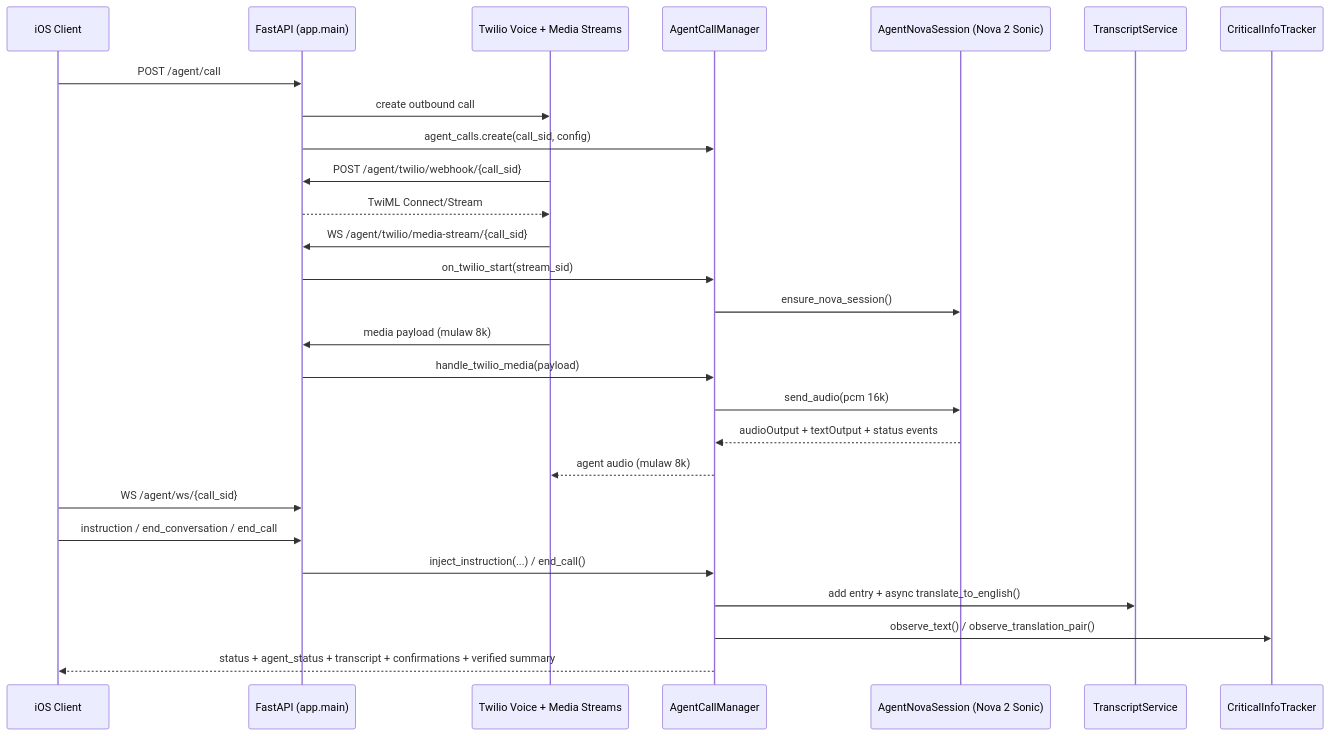
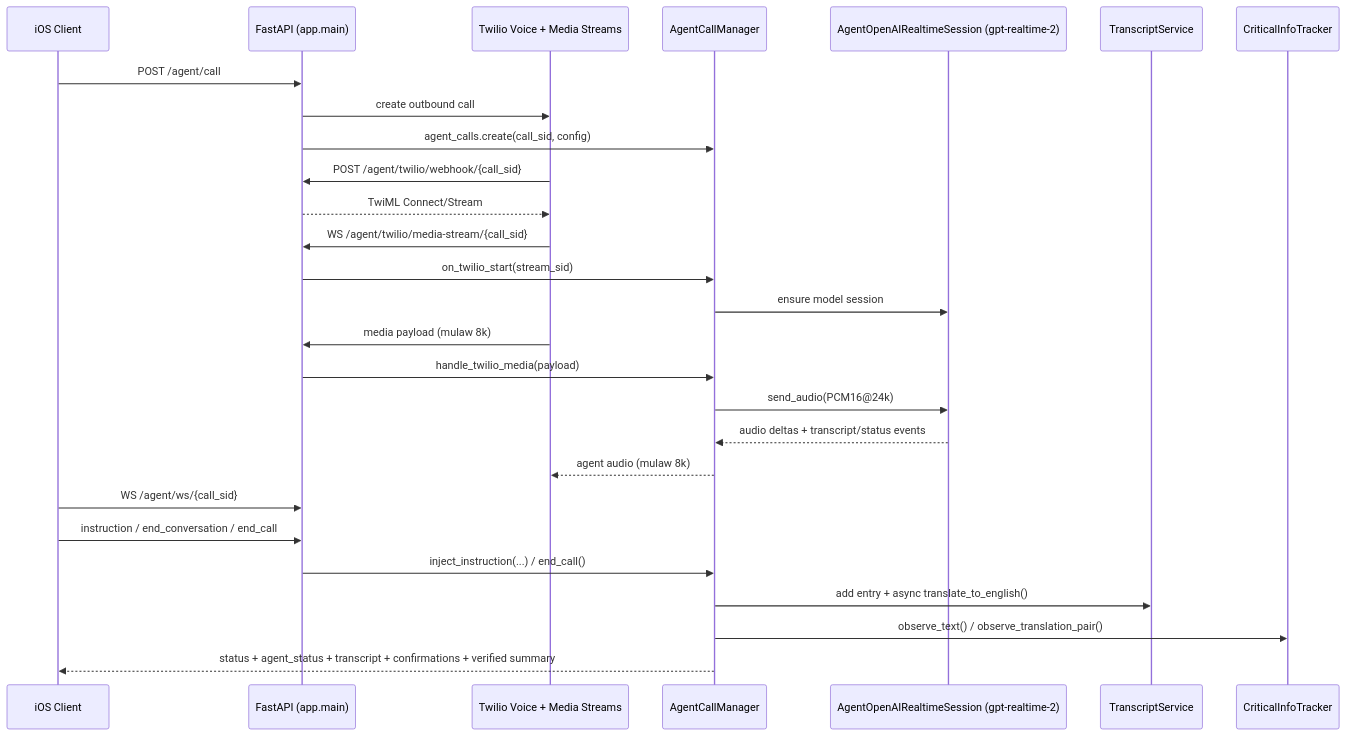
One commit to maximbilan/habla-core changed the third of 3 diagrams in architecture.md. Above: the diagram before and after it, drawn with Mermaid. The commit also changed other lines of this file and 17 other files, not shown here.

Commit message:
Add OpenAI realtime voice trial

````diff
--- a/architecture.md
+++ b/architecture.md
@@ -106,33 +106,33 @@
 ```mermaid
 sequenceDiagram
     participant iOS as iOS Client
     participant API as FastAPI (app.main)
     participant Twilio as Twilio Voice + Media Streams
     participant Manager as AgentCallManager
-    participant Nova as AgentNovaSession (Nova 2 Sonic)
+    participant OpenAI as AgentOpenAIRealtimeSession (gpt-realtime-2)
     participant Transcript as TranscriptService
     participant FactTracker as CriticalInfoTracker
 
     iOS->>API: POST /agent/call
     API->>Twilio: create outbound call
     API->>Manager: agent_calls.create(call_sid, config)
 
     Twilio->>API: POST /agent/twilio/webhook/{call_sid}
     API-->>Twilio: TwiML Connect/Stream
     Twilio->>API: WS /agent/twilio/media-stream/{call_sid}
     API->>Manager: on_twilio_start(stream_sid)
-    Manager->>Nova: ensure_nova_session()
+    Manager->>OpenAI: ensure model session
 
     Twilio->>API: media payload (mulaw 8k)
     API->>Manager: handle_twilio_media(payload)
-    Manager->>Nova: send_audio(pcm 16k)
-    Nova-->>Manager: audioOutput + textOutput + status events
+    Manager->>OpenAI: send_audio(PCM16@24k)
+    OpenAI-->>Manager: audio deltas + transcript/status events
     Manager-->>Twilio: agent audio (mulaw 8k)
 
     iOS->>API: WS /agent/ws/{call_sid}
     iOS->>API: instruction / end_conversation / end_call
     API->>Manager: inject_instruction(...) / end_call()
     Manager->>Transcript: add entry + async translate_to_english()
     Manager->>FactTracker: observe_text() / observe_translation_pair()
     Manager-->>iOS: status + agent_status + transcript + confirmations + verified summary
 ```
````
